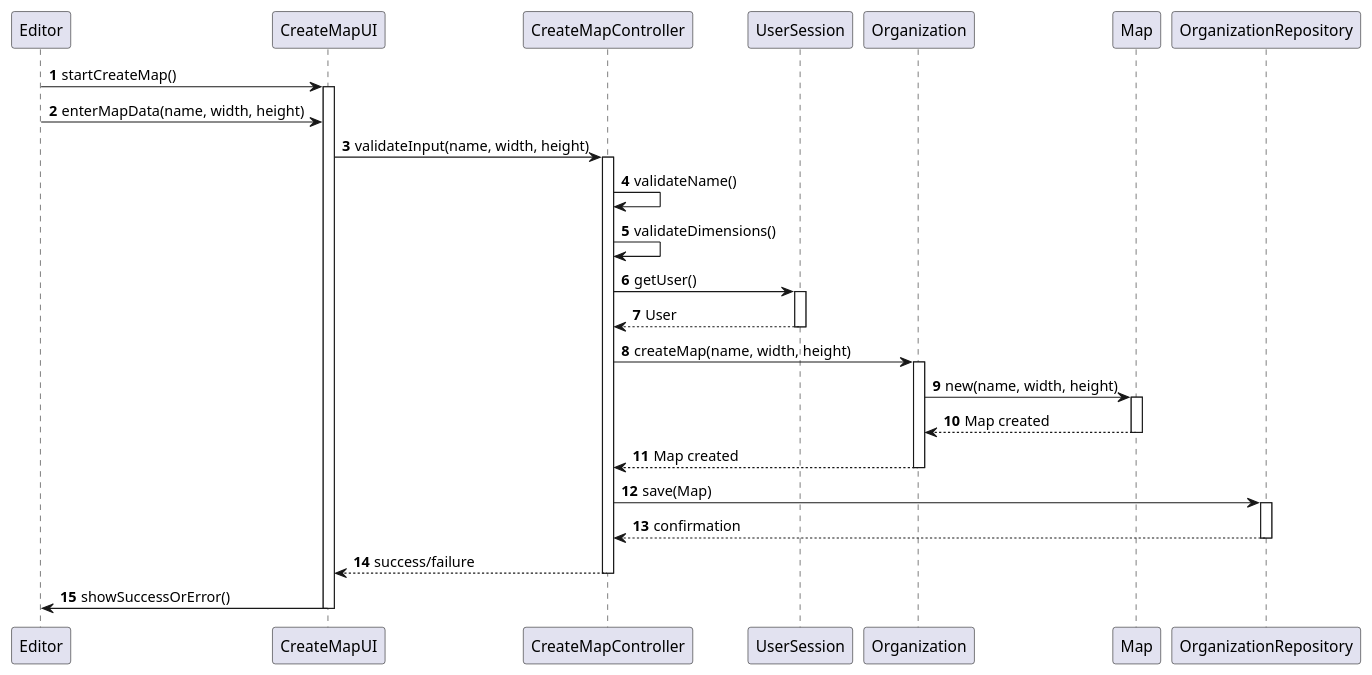
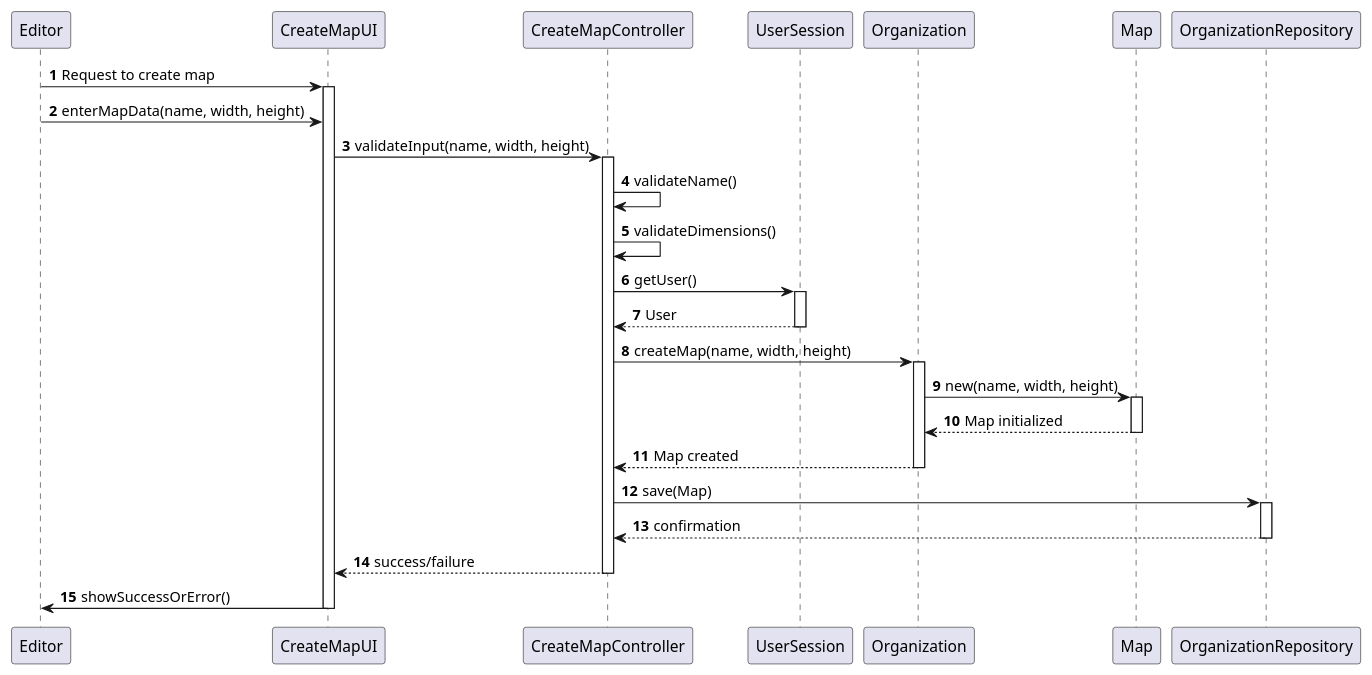
One commit to Andremonteiro1240850/railway_simulator changed the diagram in Sprint2/US01/03.design.us01/puml/US01-SD-full.puml. Above: the diagram before and after it, drawn with PlantUML. The commit also changed 5 other files, not shown here.

```diff
--- a/Sprint2/US01/03.design.us01/puml/US01-SD-full.puml
+++ b/Sprint2/US01/03.design.us01/puml/US01-SD-full.puml
@@ -1,56 +1,57 @@
 @startuml
 'https://plantuml.com/sequence-diagram
 'skinparam monochrome true
 skinparam packageStyle rectangle
 skinparam shadowing false
 
 autonumber
 
 'hide footbox
 
 ' Editor inicia o caso de uso
-Editor -> CreateMapUI : startCreateMap()
+Editor -> CreateMapUI : Request to create map
 activate CreateMapUI
 
 ' Editor insere os dados do mapa (nome e dimensões)
 Editor -> CreateMapUI : enterMapData(name, width, height)
 
 ' UI envia os dados ao controller para validação
 CreateMapUI -> CreateMapController : validateInput(name, width, height)
 activate CreateMapController
+
 
 ' Controller executa validações locais
 CreateMapController -> CreateMapController : validateName()
 CreateMapController -> CreateMapController : validateDimensions()
 
 ' Controller obtém o utilizador autenticado
 CreateMapController -> UserSession : getUser()
 activate UserSession
 UserSession --> CreateMapController : User
 deactivate UserSession
 
 ' Organização cria o mapa
 CreateMapController -> Organization : createMap(name, width, height)
 activate Organization
 Organization -> Map : new(name, width, height)
 activate Map
-Map --> Organization : Map created
+Map --> Organization : Map initialized
 deactivate Map
 Organization --> CreateMapController : Map created
 deactivate Organization
 
 ' Controller persiste o mapa
 CreateMapController -> OrganizationRepository : save(Map)
 activate OrganizationRepository
 OrganizationRepository --> CreateMapController : confirmation
 deactivate OrganizationRepository
 
 ' Controller devolve o resultado à UI
 CreateMapController --> CreateMapUI : success/failure
 deactivate CreateMapController
 
 ' UI mostra mensagem ao Editor
 CreateMapUI -> Editor : showSuccessOrError()
 deactivate CreateMapUI
 
 @enduml
```
